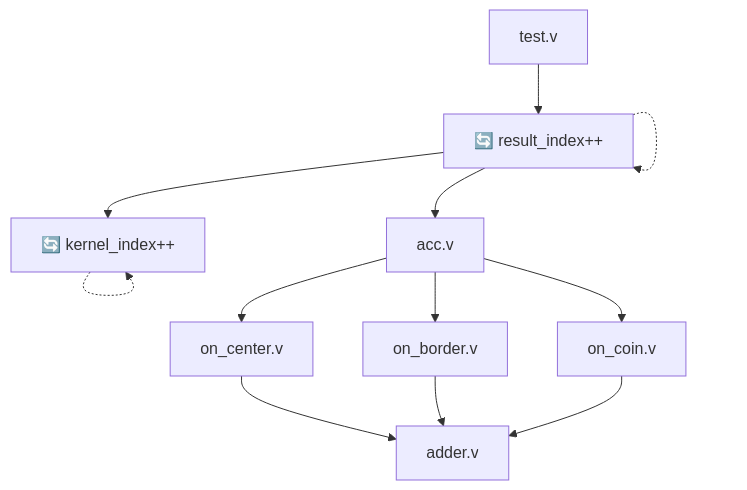
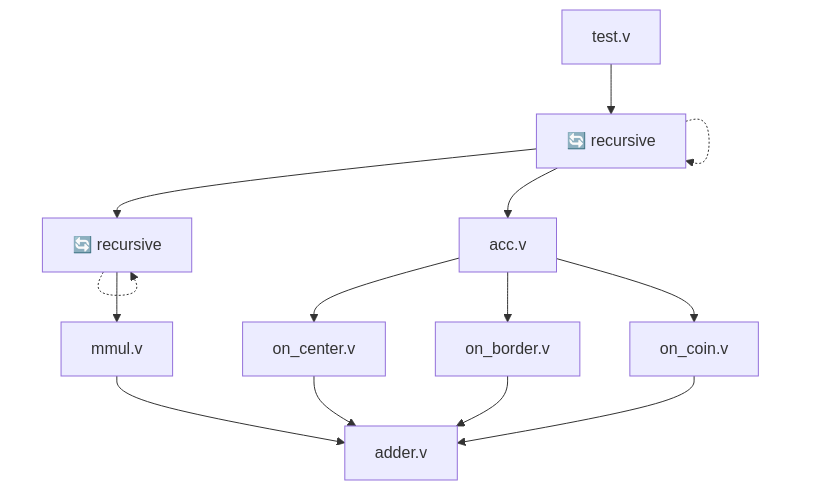
The sixth of 13 diagrams in src/tensor/README.md (jalcim/logilib), drawn with Mermaid before and after one commit. The commit also changed 1 other file, not shown here.

Commit message:
README simple2

````diff
--- a/src/tensor/README.md
+++ b/src/tensor/README.md
@@ -112,14 +112,16 @@
 ```mermaid
 graph TD
-    A[test.v] --> B[tensor.v index]
+    A[test.v] --> B[tensor.v]
     B --> C[mult.v]
     B --> D[acc.v]
-    B -.-> B[🔄 result_index++]
-    C -.-> C[🔄 kernel_index++]
+    B -.-> B[🔄 recursive]
+    C -.-> C[🔄 recursive]
+    C --> I[mmul.v]
     D --> E[on_center.v]
     D --> F[on_border.v]
     D --> G[on_coin.v]
     E --> H[adder.v]
     F --> H
     G --> H
+    I --> H
 ```
````
